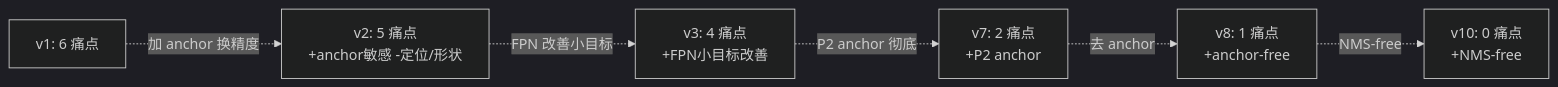
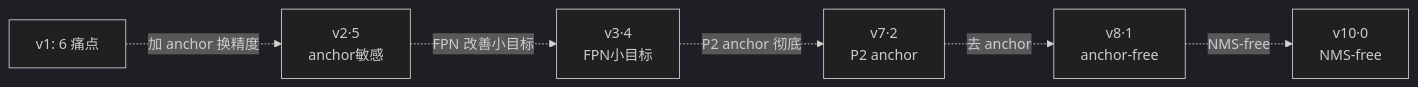
One commit to yejinlei/agent-yolo changed the second of 2 diagrams in docs/versions/v1/painpoints.md. Above: the diagram before and after it, drawn with Mermaid (dark theme). The commit also changed 3 other files, not shown here.

First line of the commit message:
全站 mermaid 文字截断修复：fontSize 14→12px + padding 12→14 + v1 长节点拆短

````diff
--- a/docs/versions/v1/painpoints.md
+++ b/docs/versions/v1/painpoints.md
@@ -180,15 +180,15 @@
 ```mermaid
 flowchart LR
   V1[v1: 6 痛点]
-  V2[v2: 5 痛点<br/>+anchor敏感 -定位/形状]
-  V3[v3: 4 痛点<br/>+FPN小目标改善]
-  V7[v7: 2 痛点<br/>+P2 anchor]
-  V8[v8: 1 痛点<br/>+anchor-free]
-  V10[v10: 0 痛点<br/>+NMS-free]
+  V2[v2·5<br/>anchor敏感]
+  V3[v3·4<br/>FPN小目标]
+  V7[v7·2<br/>P2 anchor]
+  V8[v8·1<br/>anchor-free]
+  V10[v10·0<br/>NMS-free]
 
   V1 -.加 anchor 换精度.-> V2
   V2 -.FPN 改善小目标.-> V3
   V3 -.P2 anchor 彻底.-> V7
   V7 -.去 anchor.-> V8
   V8 -.NMS-free.-> V10
 ```
````
